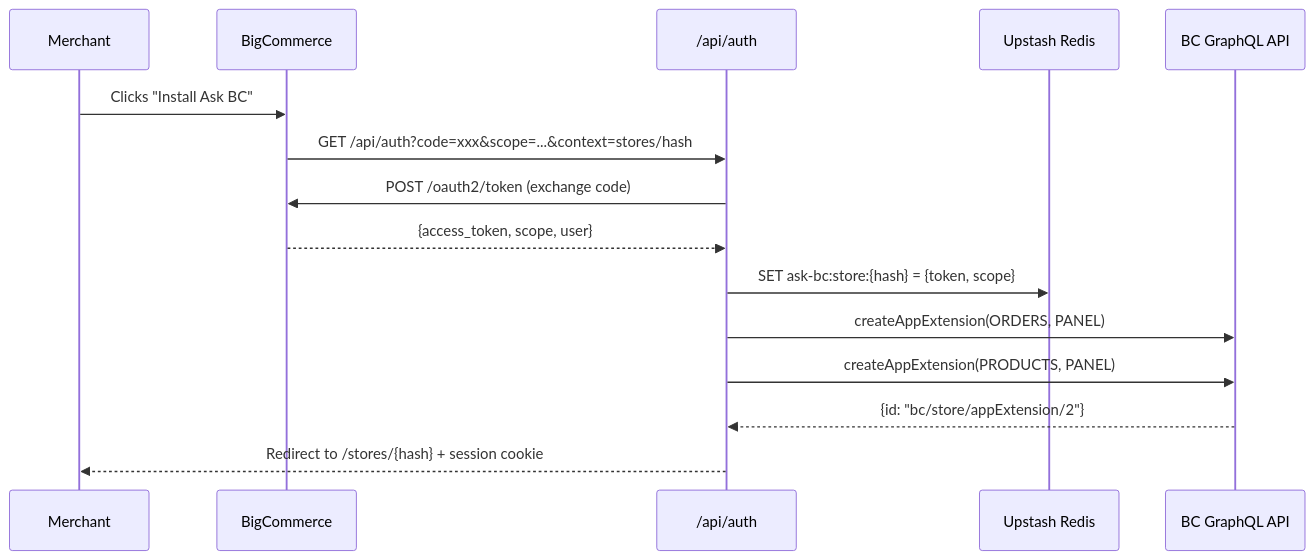
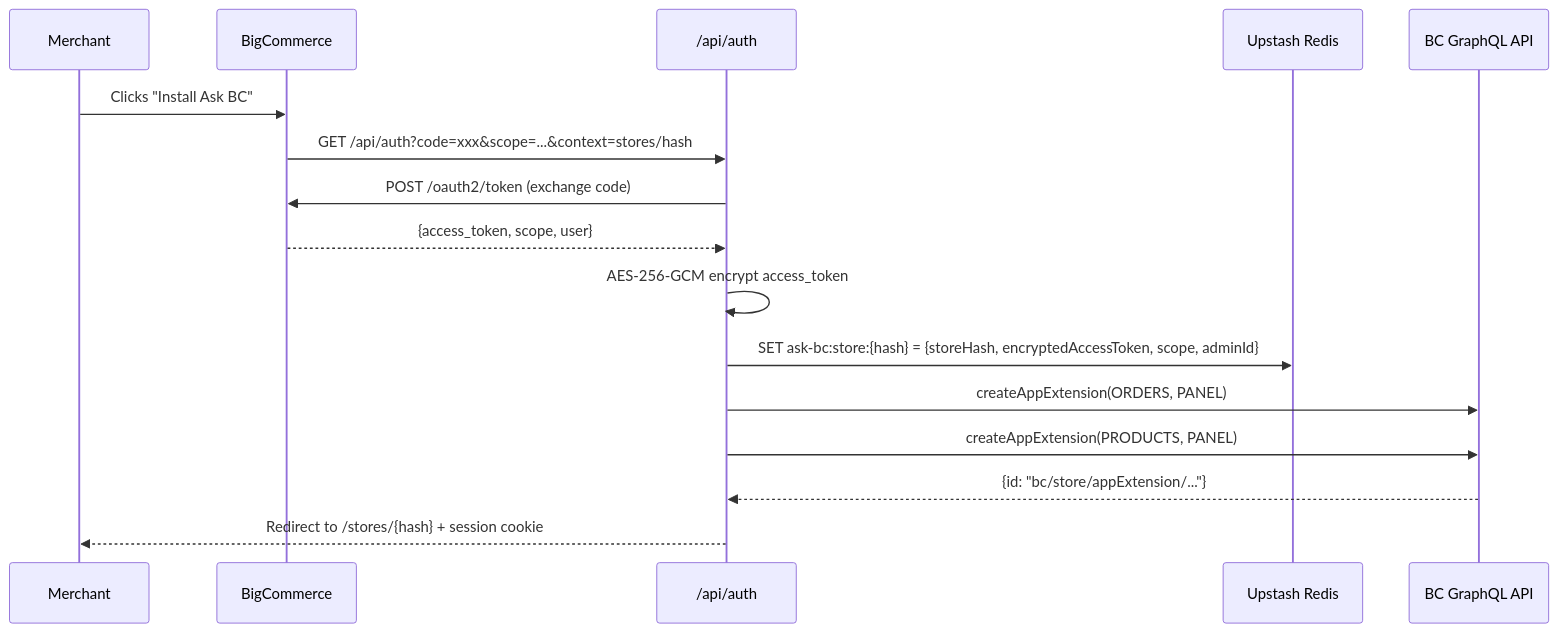
Before and after one commit to nino-chavez/ask-bc: the fourth of 4 diagrams in docs/architecture/README.md, drawn with Mermaid. The commit also changed other lines of this file and 11 other files, not shown here.

First line of the commit message:
Full documentation generation for hybrid architecture

````diff
--- a/docs/architecture/README.md
+++ b/docs/architecture/README.md
@@ -137,18 +118,19 @@
 ```mermaid
 sequenceDiagram
     participant M as Merchant
     participant BC as BigCommerce
     participant APP as /api/auth
     participant R as Upstash Redis
     participant GQL as BC GraphQL API
 
     M->>BC: Clicks "Install Ask BC"
     BC->>APP: GET /api/auth?code=xxx&scope=...&context=stores/hash
     APP->>BC: POST /oauth2/token (exchange code)
     BC-->>APP: {access_token, scope, user}
-    APP->>R: SET ask-bc:store:{hash} = {token, scope}
+    APP->>APP: AES-256-GCM encrypt access_token
+    APP->>R: SET ask-bc:store:{hash} = {storeHash, encryptedAccessToken, scope, adminId}
     APP->>GQL: createAppExtension(ORDERS, PANEL)
     APP->>GQL: createAppExtension(PRODUCTS, PANEL)
-    GQL-->>APP: {id: "bc/store/appExtension/2"}
+    GQL-->>APP: {id: "bc/store/appExtension/..."}
     APP-->>M: Redirect to /stores/{hash} + session cookie
 ```
````
